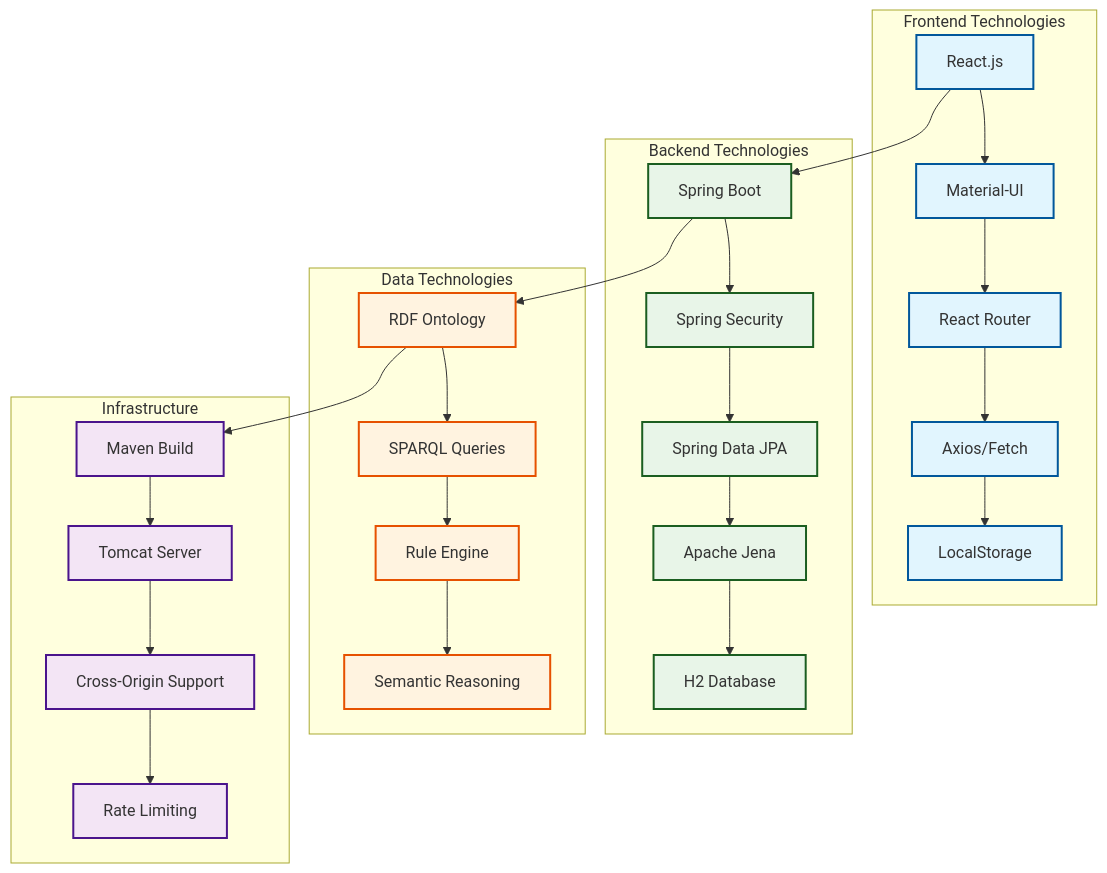
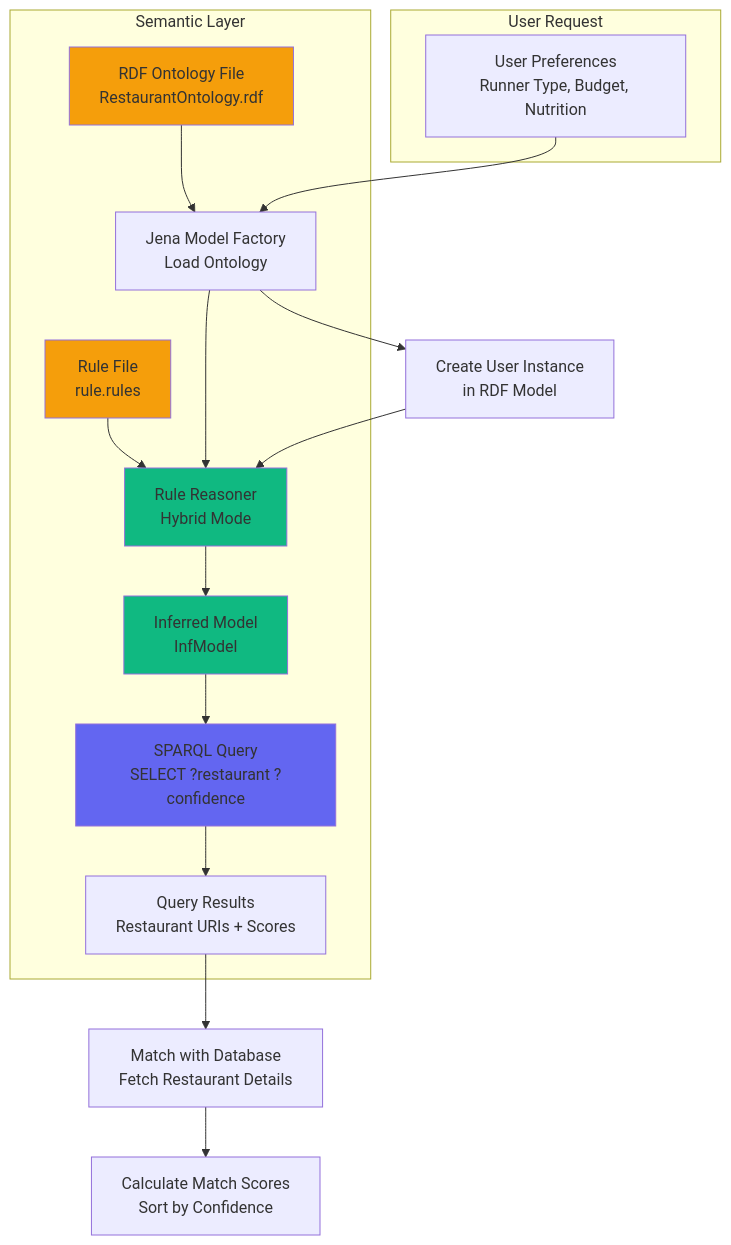
Before and after one commit to AtsajanAJ/TestProject1: the eighth of 10 diagrams in README.md, drawn with Mermaid. The commit also changed other lines of this file, not shown here.

Commit message:
architect

````diff
--- a/README.md
+++ b/README.md
@@ -432,43 +439,36 @@
 ```mermaid
 graph TB
-    subgraph "Frontend Technologies"
-        A[React.js] --> B[Material-UI]
-        B --> C[React Router]
-        C --> D[Axios/Fetch]
-        D --> E[LocalStorage]
+    subgraph "Semantic Layer"
+        A[RDF Ontology File<br/>RestaurantOntology.rdf]
+        B[Rule File<br/>rule.rules]
+        C[Jena Model Factory<br/>Load Ontology]
+        D[Rule Reasoner<br/>Hybrid Mode]
+        E[Inferred Model<br/>InfModel]
+        F[SPARQL Query<br/>SELECT ?restaurant ?confidence]
+        G[Query Results<br/>Restaurant URIs + Scores]
     end
-
-    subgraph "Backend Technologies"
-        F[Spring Boot] --> G[Spring Security]
-        G --> H[Spring Data JPA]
-        H --> I[Apache Jena]
-        I --> J[H2 Database]
+    
+    A --> C
+    B --> D
+    C --> D
+    D --> E
+    E --> F
+    F --> G
+    
+    subgraph "User Request"
+        H[User Preferences<br/>Runner Type, Budget, Nutrition]
     end
-
-    subgraph "Data Technologies"
-        K[RDF Ontology] --> L[SPARQL Queries]
-        L --> M[Rule Engine]
-        M --> N[Semantic Reasoning]
-    end
-
-    subgraph "Infrastructure"
-        O[Maven Build] --> P[Tomcat Server]
-        P --> Q[Cross-Origin Support]
-        Q --> R[Rate Limiting]
-    end
-
-    A --> F
-    F --> K
-    K --> O
-
-    %% Styling
-    classDef frontend fill:#e1f5fe,stroke:#01579b,stroke-width:2px
-    classDef backend fill:#e8f5e8,stroke:#1b5e20,stroke-width:2px
-    classDef data fill:#fff3e0,stroke:#e65100,stroke-width:2px
-    classDef infra fill:#f3e5f5,stroke:#4a148c,stroke-width:2px
-
-    class A,B,C,D,E frontend
-    class F,G,H,I,J backend
-    class K,L,M,N data
-    class O,P,Q,R infra
+    
+    H --> C
+    C --> I[Create User Instance<br/>in RDF Model]
+    I --> D
+    
+    G --> J[Match with Database<br/>Fetch Restaurant Details]
+    J --> K[Calculate Match Scores<br/>Sort by Confidence]
+    
+    style A fill:#f59e0b
+    style B fill:#f59e0b
+    style D fill:#10b981
+    style E fill:#10b981
+    style F fill:#6366f1
 ```
````
